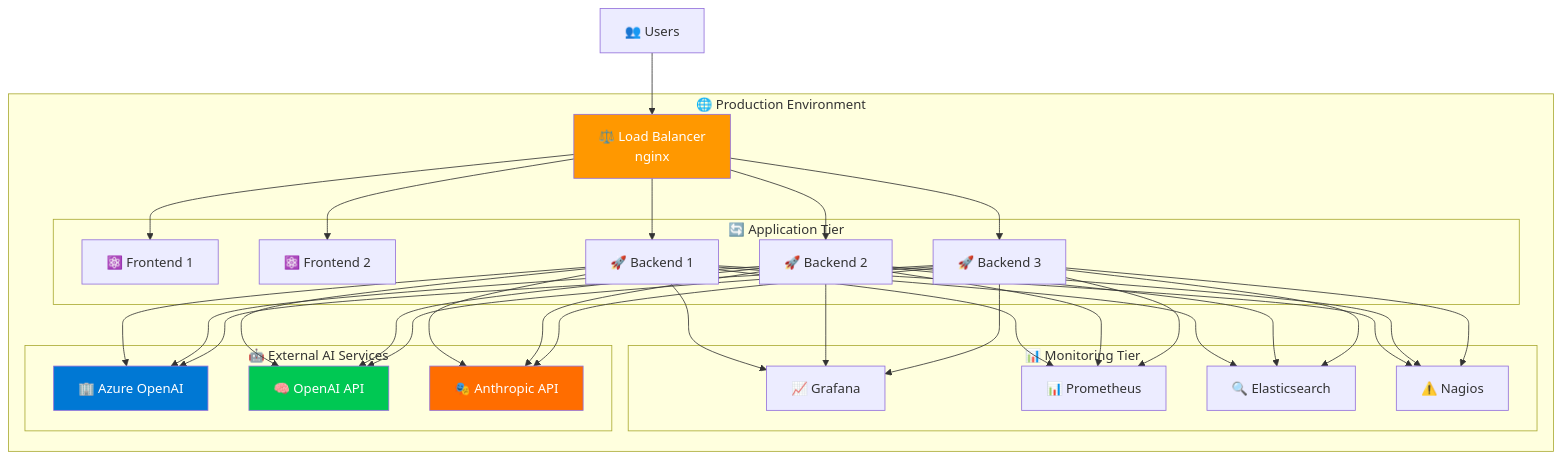
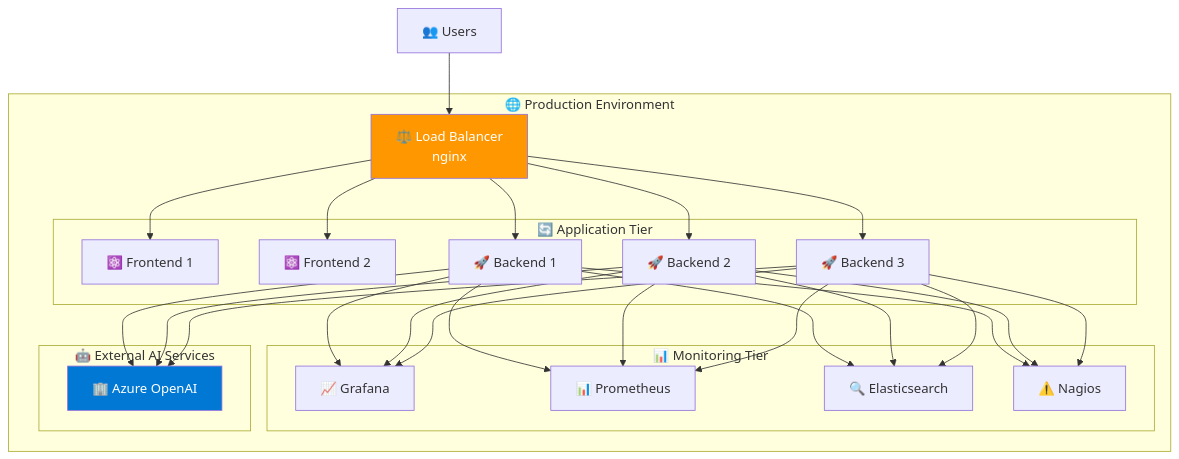
The ninth of 9 diagrams in docs/architecture-diagrams.md (WatkinsGreen/chatter), drawn with Mermaid before and after one commit. The commit also changed other lines of this file and 6 other files, not shown here.

````diff
--- a/docs/architecture-diagrams.md
+++ b/docs/architecture-diagrams.md
@@ -345,62 +332,52 @@
 ```mermaid
 graph TB
     subgraph "🌐 Production Environment"
         LB[⚖️ Load Balancer<br/>nginx]
         
         subgraph "🔄 Application Tier"
             F1[⚛️ Frontend 1]
             F2[⚛️ Frontend 2]
             B1[🚀 Backend 1]
             B2[🚀 Backend 2]
             B3[🚀 Backend 3]
         end
         
         subgraph "📊 Monitoring Tier"
             G[📈 Grafana]
             P[📊 Prometheus]
             E[🔍 Elasticsearch]
             N[⚠️ Nagios]
         end
         
         subgraph "🤖 External AI Services"
             AzureOpenAI[🏢 Azure OpenAI]
-            OpenAI[🧠 OpenAI API]
-            Anthropic[🎭 Anthropic API]
         end
     end
     
     Users[👥 Users] --> LB
     LB --> F1
     LB --> F2
     LB --> B1
     LB --> B2
     LB --> B3
     
     B1 --> G
     B1 --> P
     B1 --> E
     B1 --> N
     B2 --> G
     B2 --> P
     B2 --> E
     B2 --> N
     B3 --> G
     B3 --> P
     B3 --> E
     B3 --> N
     
     B1 --> AzureOpenAI
-    B1 --> OpenAI
-    B1 --> Anthropic
     B2 --> AzureOpenAI
-    B2 --> OpenAI
-    B2 --> Anthropic
     B3 --> AzureOpenAI
-    B3 --> OpenAI
-    B3 --> Anthropic
     
     style LB fill:#ff9800,color:#fff
     style AzureOpenAI fill:#0078d4,color:#fff
-    style OpenAI fill:#00c853,color:#fff
-    style Anthropic fill:#ff6d00,color:#fff
 ```
````
